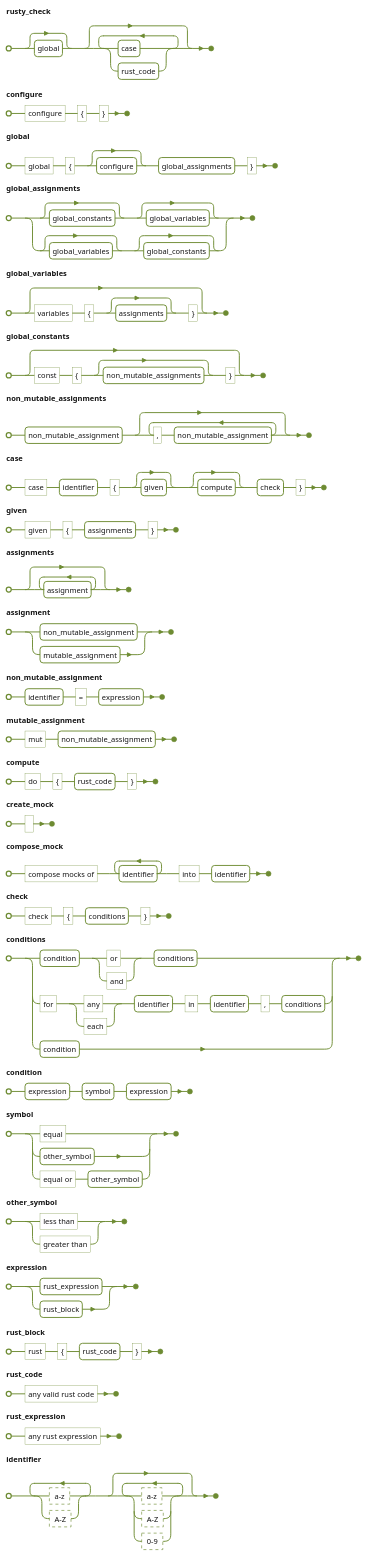
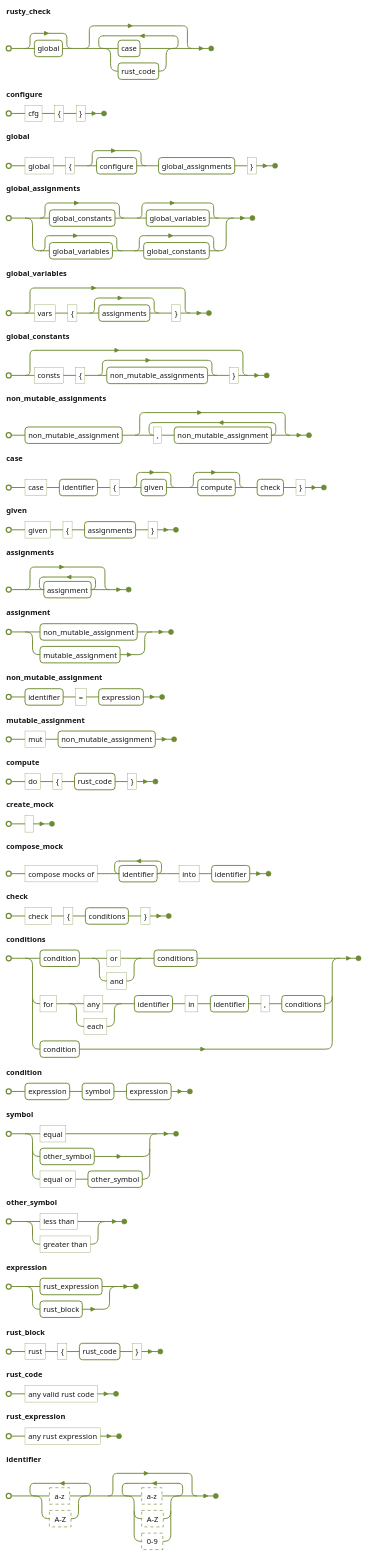
One commit to jkszymczak/RustyCheck changed the diagram in grammar/grammar.puml. Above: the diagram before and after it, drawn with PlantUML. The commit also changed 11 other files, not shown here.

Commit message:
Global vars and config (#6)

```diff
--- a/grammar/grammar.puml
+++ b/grammar/grammar.puml
@@ -1,41 +1,41 @@
 @startebnf
 !theme hacker
 skinparam backgroundColor white
 rusty_check = [global], {case | rust_code};
-configure = "configure","{","}";
+configure = "cfg","{","}";
 global = "global", "{", [configure],  global_assignments ,"}";
 global_assignments = [global_constants], [global_variables] | [global_variables], [global_constants];
-global_variables = ["variables", "{", [assignments], "}"]; 
-global_constants = ["const", "{", [non_mutable_assignments], "}"];
+global_variables = ["vars", "{", [assignments], "}"]; 
+global_constants = ["consts", "{", [non_mutable_assignments], "}"];
 non_mutable_assignments = non_mutable_assignment, {",", non_mutable_assignment};
 
 case = "case", identifier, "{", [given], [compute], check, "}";
 
 given = "given", "{", assignments, "}";
 assignments = {assignment};
 assignment = non_mutable_assignment 
             | mutable_assignment;
 non_mutable_assignment = identifier, "=", expression;
 mutable_assignment = "mut", non_mutable_assignment;
 compute = "do", "{", rust_code, "}";
 create_mock = " ";
 compose_mock = "compose mocks of", {identifier}-, "into", identifier;
 
 check = "check", "{", conditions, "}";
 conditions = condition, ("or" | "and" ), conditions
              | "for", ("any"|"each"), identifier, "in", identifier, ",", conditions
              | condition;
 condition = expression, symbol, expression;
 symbol = "equal"
          | other_symbol
          | "equal or", other_symbol;
 other_symbol = "less than"
                | "greater than";
 
 expression = rust_expression 
              | rust_block;
 rust_block = "rust", "{", rust_code, "}";
 rust_code = "any valid rust code";
 rust_expression = "any rust expression";
 identifier = {? a-z ? | ? A-Z ?}-, {(? a-z ? | ? A-Z ? | ? 0-9 ?)};
 @endebnf
```
